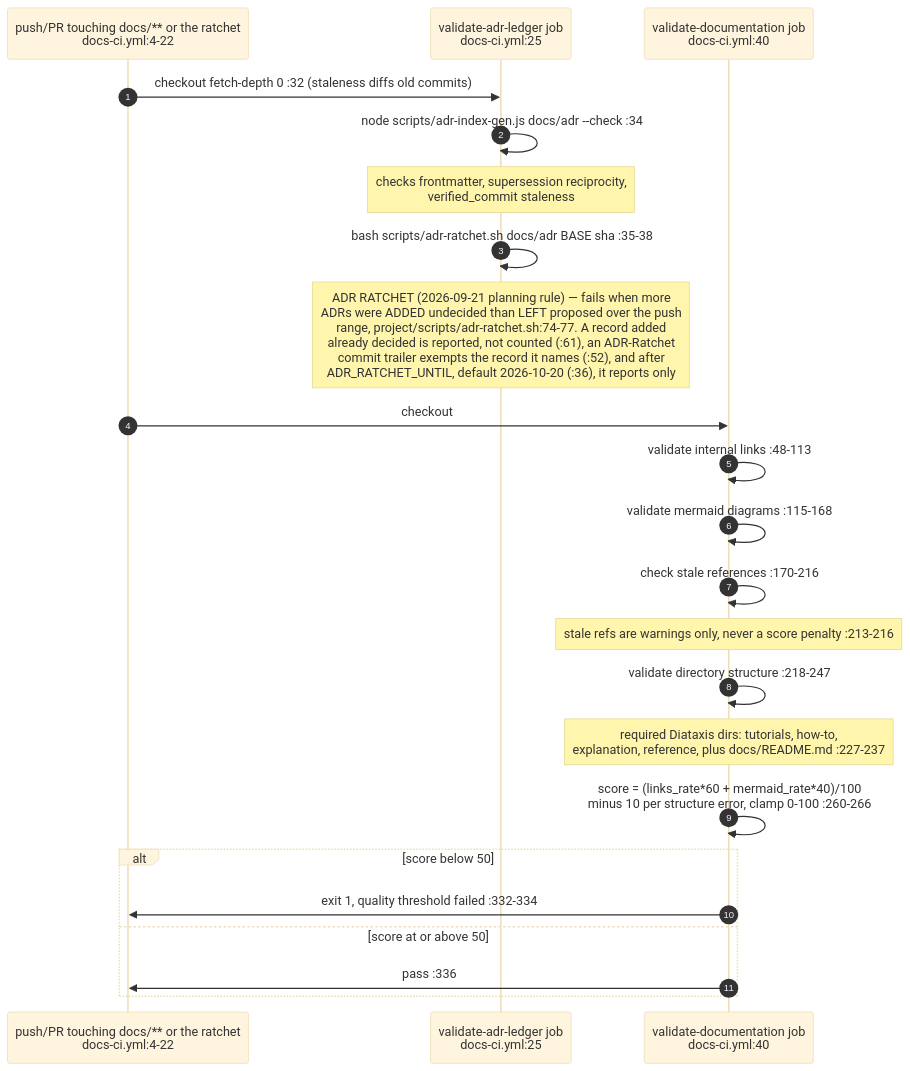
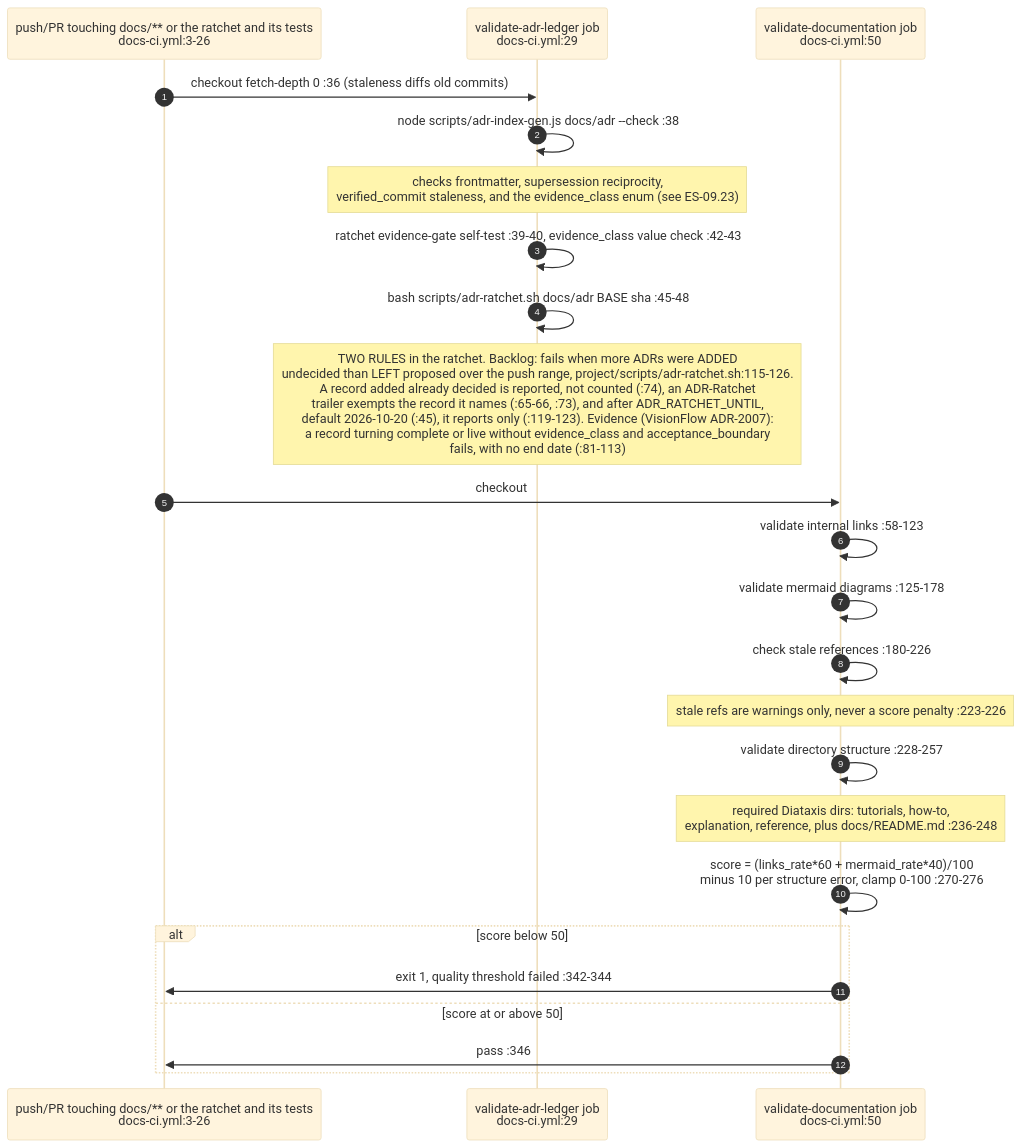
Before and after one commit to DreamLab-AI/VisionFlow: diagram 12 of 24 in docs/diagrams/estate/09-build-deploy-and-ci-estate.md, drawn with Mermaid (base theme). The commit also changed other lines of this file and 91 other files, not shown here.

````diff
--- a/docs/diagrams/estate/09-build-deploy-and-ci-estate.md
+++ b/docs/diagrams/estate/09-build-deploy-and-ci-estate.md
@@ -461,27 +484,28 @@
 ```mermaid
 sequenceDiagram
     autonumber
-    participant GH as push/PR touching docs/** or the ratchet<br/>docs-ci.yml:4-22
-    participant ADR as validate-adr-ledger job<br/>docs-ci.yml:25
-    participant DOC as validate-documentation job<br/>docs-ci.yml:40
+    participant GH as push/PR touching docs/** or the ratchet and its tests<br/>docs-ci.yml:3-26
+    participant ADR as validate-adr-ledger job<br/>docs-ci.yml:29
+    participant DOC as validate-documentation job<br/>docs-ci.yml:50
 
-    GH->>ADR: checkout fetch-depth 0 :32 (staleness diffs old commits)
-    ADR->>ADR: node scripts/adr-index-gen.js docs/adr --check :34
-    Note over ADR: checks frontmatter, supersession reciprocity,<br/>verified_commit staleness
-    ADR->>ADR: bash scripts/adr-ratchet.sh docs/adr BASE sha :35-38
-    Note over ADR: ADR RATCHET (2026-09-21 planning rule) — fails when more<br/>ADRs were ADDED undecided than LEFT proposed over the push<br/>range, project/scripts/adr-ratchet.sh:74-77. A record added<br/>already decided is reported, not counted (:61), an ADR-Ratchet<br/>commit trailer exempts the record it names (:52), and after<br/>ADR_RATCHET_UNTIL, default 2026-10-20 (:36), it reports only
+    GH->>ADR: checkout fetch-depth 0 :36 (staleness diffs old commits)
+    ADR->>ADR: node scripts/adr-index-gen.js docs/adr --check :38
+    Note over ADR: checks frontmatter, supersession reciprocity,<br/>verified_commit staleness, and the evidence_class enum (see ES-09.23)
+    ADR->>ADR: ratchet evidence-gate self-test :39-40, evidence_class value check :42-43
+    ADR->>ADR: bash scripts/adr-ratchet.sh docs/adr BASE sha :45-48
+    Note over ADR: TWO RULES in the ratchet. Backlog: fails when more ADRs were ADDED<br/>undecided than LEFT proposed over the push range, project/scripts/adr-ratchet.sh:115-126.<br/>A record added already decided is reported, not counted (:74), an ADR-Ratchet<br/>trailer exempts the record it names (:65-66, :73), and after ADR_RATCHET_UNTIL,<br/>default 2026-10-20 (:45), it reports only (:119-123). Evidence (VisionFlow ADR-2007):<br/>a record turning complete or live without evidence_class and acceptance_boundary<br/>fails, with no end date (:81-113)
 
     GH->>DOC: checkout
-    DOC->>DOC: validate internal links :48-113
-    DOC->>DOC: validate mermaid diagrams :115-168
-    DOC->>DOC: check stale references :170-216
-    Note over DOC: stale refs are warnings only, never a score penalty :213-216
-    DOC->>DOC: validate directory structure :218-247
-    Note over DOC: required Diataxis dirs: tutorials, how-to,<br/>explanation, reference, plus docs/README.md :227-237
-    DOC->>DOC: score = (links_rate*60 + mermaid_rate*40)/100<br/>minus 10 per structure error, clamp 0-100 :260-266
+    DOC->>DOC: validate internal links :58-123
+    DOC->>DOC: validate mermaid diagrams :125-178
+    DOC->>DOC: check stale references :180-226
+    Note over DOC: stale refs are warnings only, never a score penalty :223-226
+    DOC->>DOC: validate directory structure :228-257
+    Note over DOC: required Diataxis dirs: tutorials, how-to,<br/>explanation, reference, plus docs/README.md :236-248
+    DOC->>DOC: score = (links_rate*60 + mermaid_rate*40)/100<br/>minus 10 per structure error, clamp 0-100 :270-276
     alt score below 50
-        DOC->>GH: exit 1, quality threshold failed :332-334
+        DOC->>GH: exit 1, quality threshold failed :342-344
     else score at or above 50
-        DOC->>GH: pass :336
+        DOC->>GH: pass :346
     end
 ```
````
